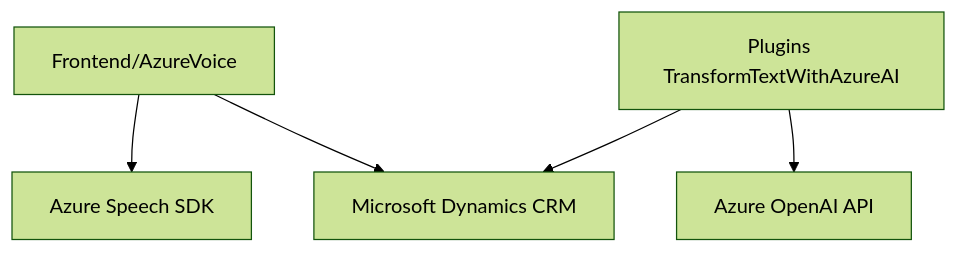
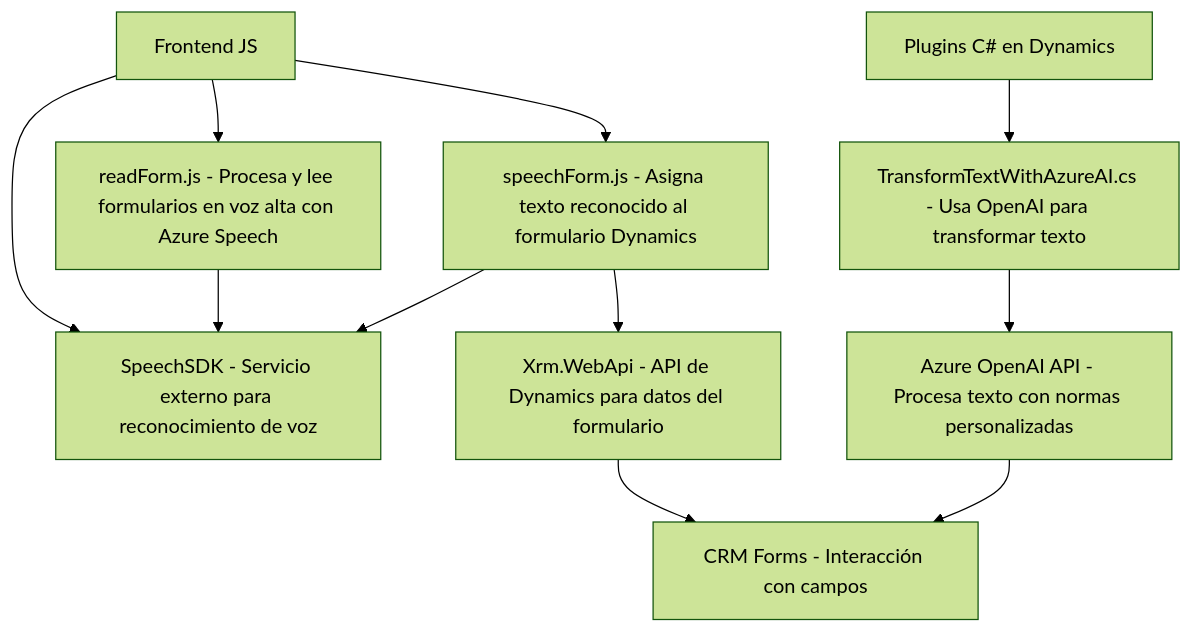
One commit to blopezdm/NETCORE_BILBAO2025 changed the diagram in README.md. Above: the diagram before and after it, drawn with Mermaid (forest theme). The commit also changed other lines of this file, not shown here.

Commit message:
Actualizar análisis global de la solución con IA

````diff
--- a/README.md
+++ b/README.md
@@ -36,13 +35,13 @@
 ```mermaid
 graph TD
-    AzureVoiceJS["Frontend/AzureVoice"]
-    Plugins["Plugins TransformTextWithAzureAI"]
-    DynamicsCRM["Microsoft Dynamics CRM"]
-    AzureSpeechSDK["Azure Speech SDK"]
-    AzureOpenAI["Azure OpenAI API"]
-    
-    AzureVoiceJS --> AzureSpeechSDK
-    AzureVoiceJS --> DynamicsCRM
-    Plugins --> AzureOpenAI
-    Plugins --> DynamicsCRM
+    A[Frontend JS] --> B["readForm.js - Procesa y lee formularios en voz alta con Azure Speech"]
+    A --> C["speechForm.js - Asigna texto reconocido al formulario Dynamics"]
+    A --> D["SpeechSDK - Servicio externo para reconocimiento de voz"]
+    B --> D
+    C --> D
+    C --> E["Xrm.WebApi - API de Dynamics para datos del formulario"]
+    E --> F[CRM Forms - Interacción con campos]
+    G[Plugins C# en Dynamics] --> H["TransformTextWithAzureAI.cs - Usa OpenAI para transformar texto"]
+    H --> I[Azure OpenAI API - Procesa texto con normas personalizadas]
+    I --> F
 ```
````
